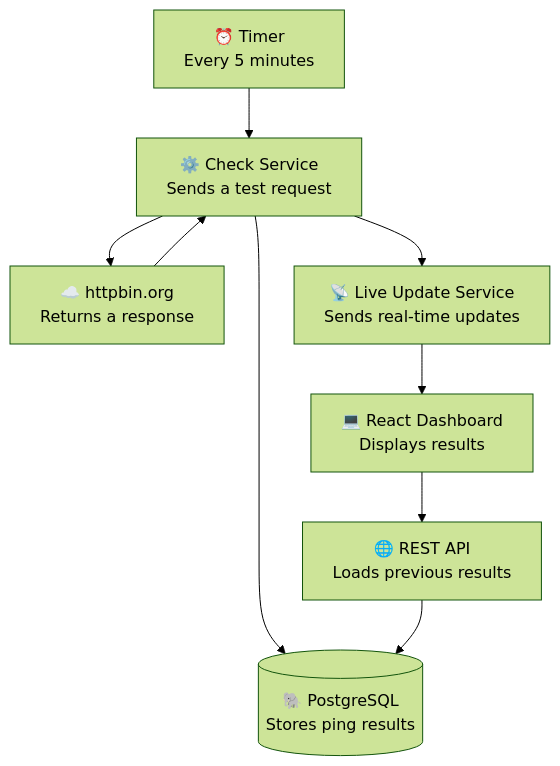
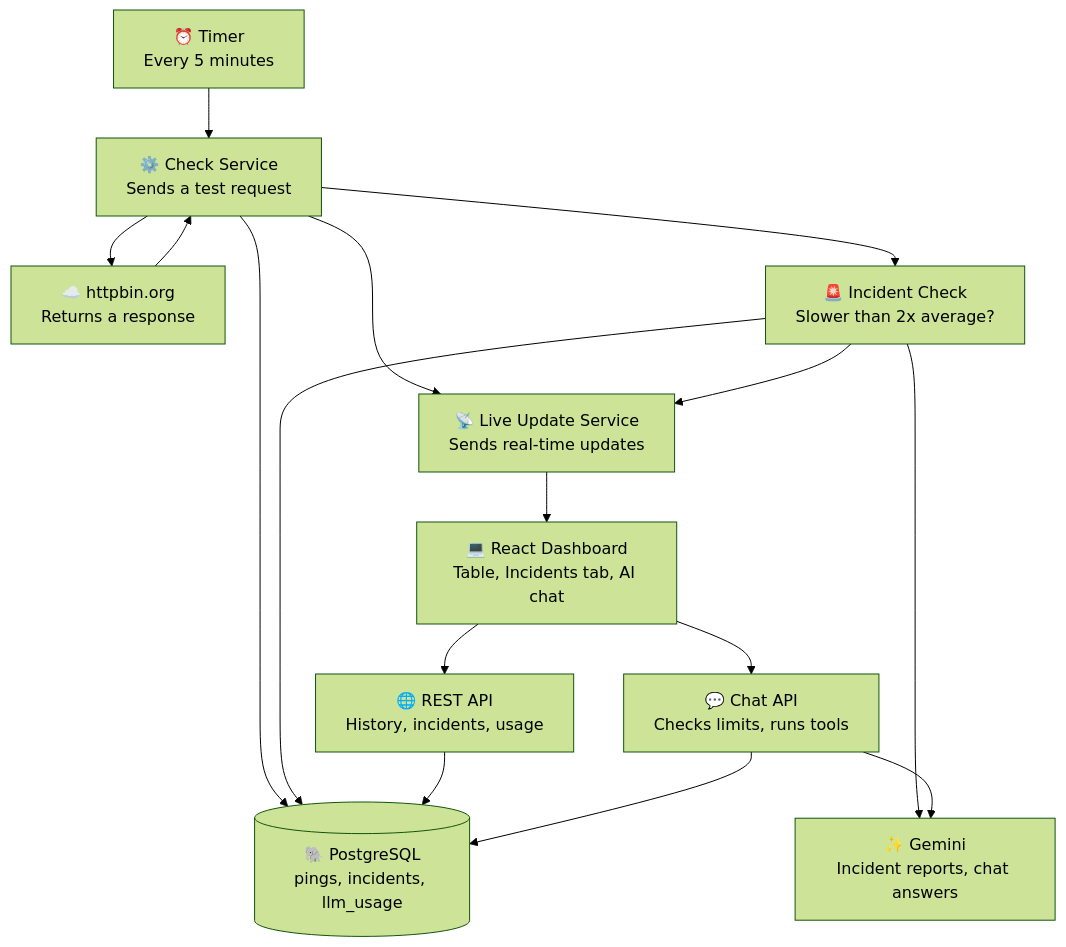
The diagram in README.md (Abdullah-dev0/pingwatch), drawn with Mermaid (forest theme) before and after one commit. The commit also changed other lines of this file, not shown here.

````diff
--- a/README.md
+++ b/README.md
@@ -23,19 +26,29 @@
 ```mermaid
 flowchart TD
     A["⏰ Timer<br/>Every 5 minutes"]
     B["⚙️ Check Service<br/>Sends a test request"]
     C["☁️ httpbin.org<br/>Returns a response"]
-    D[("🐘 PostgreSQL<br/>Stores ping results")]
+    D[("🐘 PostgreSQL<br/>pings, incidents, llm_usage")]
     E["📡 Live Update Service<br/>Sends real-time updates"]
-    F["💻 React Dashboard<br/>Displays results"]
-    G["🌐 REST API<br/>Loads previous results"]
+    F["💻 React Dashboard<br/>Table, Incidents tab, AI chat"]
+    G["🌐 REST API<br/>History, incidents, usage"]
+    H["🚨 Incident Check<br/>Slower than 2x average?"]
+    I["✨ Gemini<br/>Incident reports, chat answers"]
+    J["💬 Chat API<br/>Checks limits, runs tools"]
 
     A --> B
     B --> C
     C --> B
     B --> D
     B --> E
+    B --> H
+    H --> I
+    H --> D
+    H --> E
     E --> F
     F --> G
     G --> D
+    F --> J
+    J --> I
+    J --> D
 ```
````
